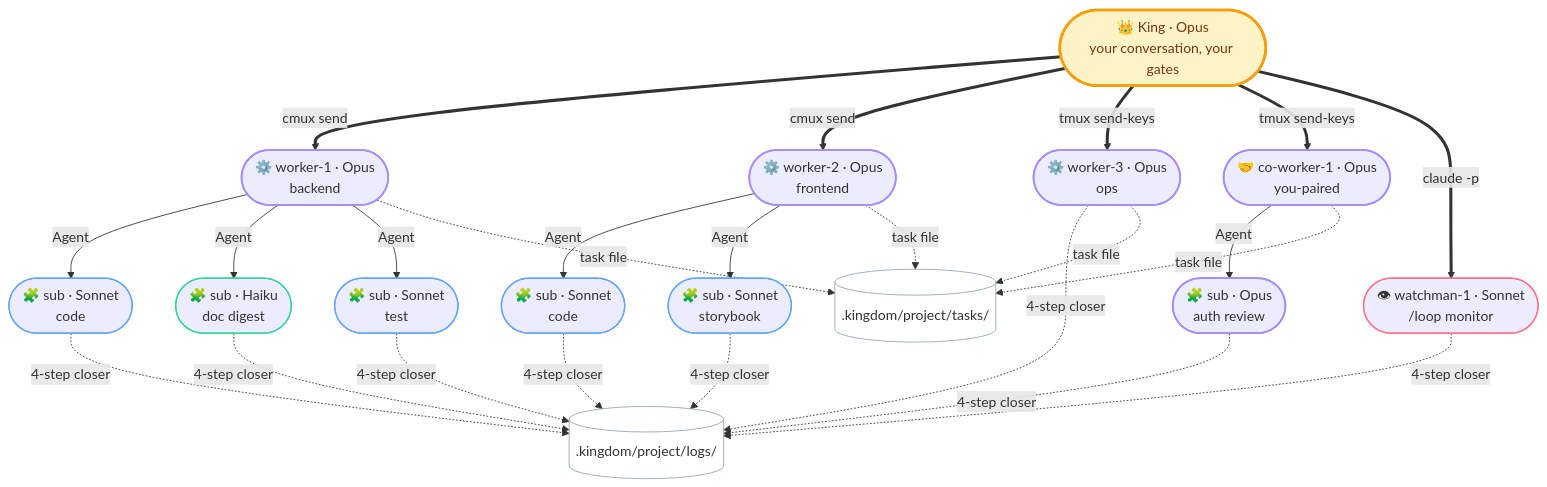
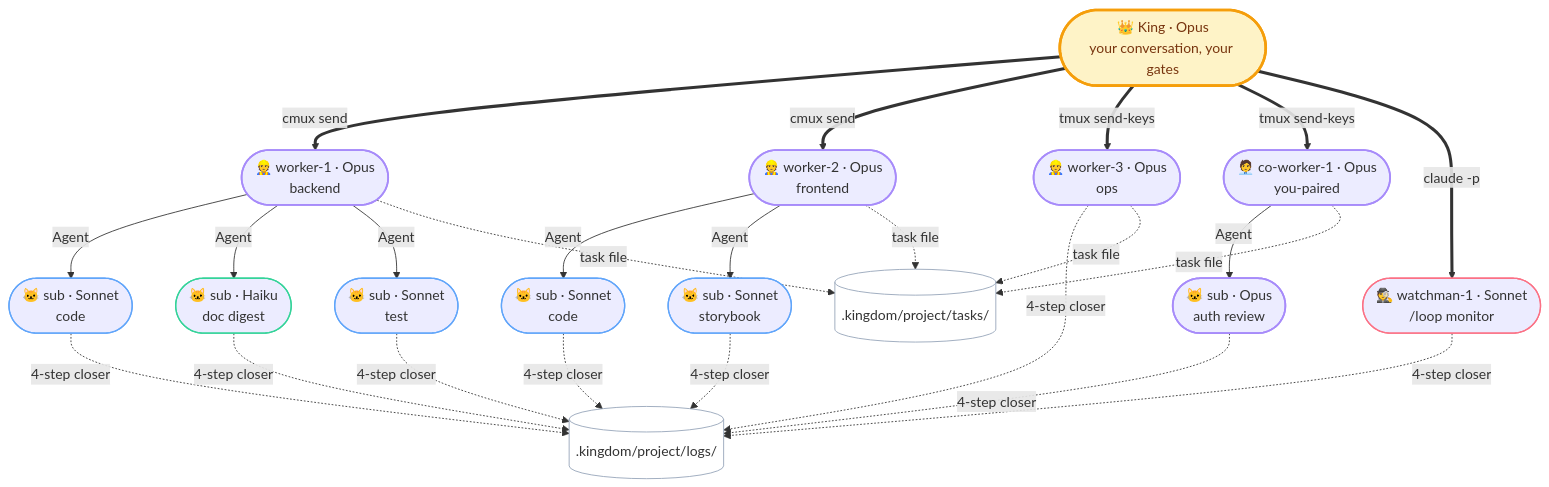
Before and after one commit to chatthong/kingdom: the first of 2 diagrams in README.md, drawn with Mermaid. The commit also changed other lines of this file and 12 other files, not shown here.

````diff
--- a/README.md
+++ b/README.md
@@ -18,35 +18,35 @@
 ```mermaid
 graph TB
     K([👑 King · Opus<br/>your conversation, your gates])
 
-    K ==>|cmux send| W1([⚙️ worker-1 · Opus<br/>backend])
-    K ==>|cmux send| W2([⚙️ worker-2 · Opus<br/>frontend])
-    K ==>|tmux send-keys| W3([⚙️ worker-3 · Opus<br/>ops])
-    K ==>|tmux send-keys| CW([🤝 co-worker-1 · Opus<br/>you-paired])
-    K ==>|claude -p| WM([👁 watchman-1 · Sonnet<br/>/loop monitor])
+    K ==>|cmux send| W1([👷 worker-1 · Opus<br/>backend])
+    K ==>|cmux send| W2([👷 worker-2 · Opus<br/>frontend])
+    K ==>|tmux send-keys| W3([👷 worker-3 · Opus<br/>ops])
+    K ==>|tmux send-keys| CW([🧑‍💼 co-worker-1 · Opus<br/>you-paired])
+    K ==>|claude -p| WM([🕵️ watchman-1 · Sonnet<br/>/loop monitor])
 
-    W1 -->|Agent| SA1([🧩 sub · Sonnet<br/>code])
-    W1 -->|Agent| SA2([🧩 sub · Haiku<br/>doc digest])
-    W1 -->|Agent| SA3([🧩 sub · Sonnet<br/>test])
-    W2 -->|Agent| SA4([🧩 sub · Sonnet<br/>code])
-    W2 -->|Agent| SA5([🧩 sub · Sonnet<br/>storybook])
-    CW -->|Agent| SA6([🧩 sub · Opus<br/>auth review])
+    W1 -->|Agent| SA1([🐱 sub · Sonnet<br/>code])
+    W1 -->|Agent| SA2([🐱 sub · Haiku<br/>doc digest])
+    W1 -->|Agent| SA3([🐱 sub · Sonnet<br/>test])
+    W2 -->|Agent| SA4([🐱 sub · Sonnet<br/>code])
+    W2 -->|Agent| SA5([🐱 sub · Sonnet<br/>storybook])
+    CW -->|Agent| SA6([🐱 sub · Opus<br/>auth review])
 
     SA1 & SA2 & SA3 & SA4 & SA5 & SA6 & W3 & WM -.->|"4-step closer"| LOG[(.kingdom/project/logs/)]
     W1 & W2 & W3 & CW -.->|"task file"| TSK[(.kingdom/project/tasks/)]
 
     classDef king fill:#fef3c7,stroke:#f59e0b,stroke-width:3px,color:#78350f
     classDef opus stroke:#a78bfa,stroke-width:2px
     classDef sonnet stroke:#60a5fa,stroke-width:1.5px
     classDef haiku stroke:#34d399,stroke-width:1.5px
     classDef monitor stroke:#fb7185,stroke-width:1.5px
     classDef store fill:none,stroke:#94a3b8,stroke-width:1px
 
     class K king
     class W1,W2,W3,CW opus
     class SA1,SA3,SA4,SA5 sonnet
     class SA2 haiku
     class SA6 opus
     class WM monitor
     class LOG,TSK store
 ```
````
